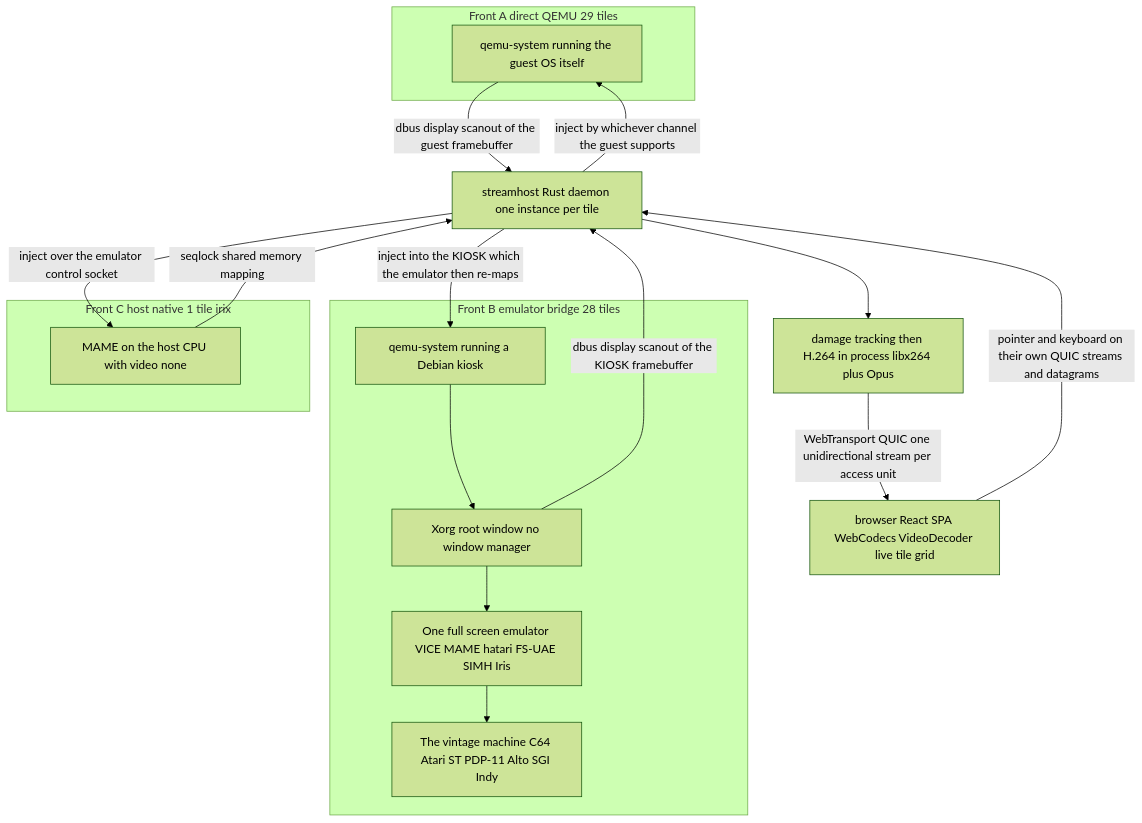
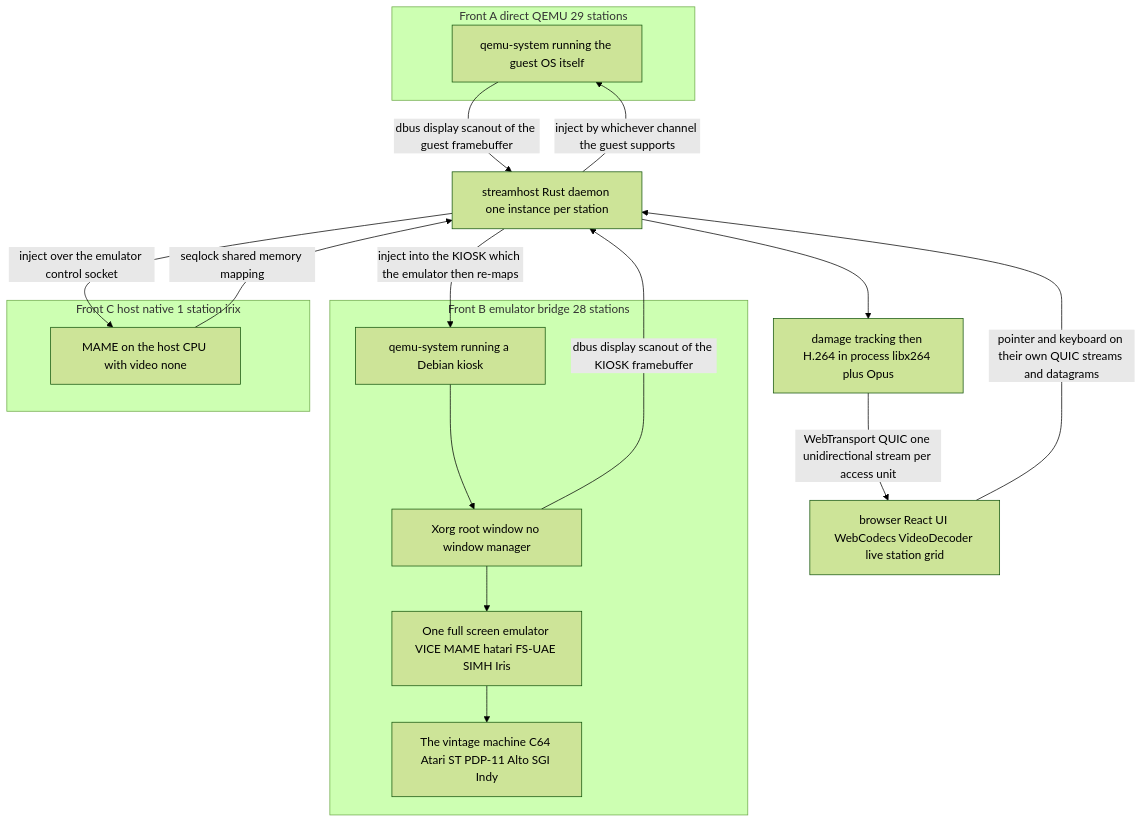
The diagram in docs/ARCHITECTURE.md (Wnt/kernel-hive), drawn with Mermaid (forest theme) before and after one commit. The commit also changed other lines of this file and 10 other files, not shown here.

````diff
--- a/docs/ARCHITECTURE.md
+++ b/docs/ARCHITECTURE.md
@@ -14,29 +14,29 @@
 ```mermaid
 flowchart TD
-  subgraph F1[Front A direct QEMU 29 tiles]
+  subgraph F1[Front A direct QEMU 29 stations]
     A1[qemu-system running the guest OS itself]
   end
 
-  subgraph F2[Front B emulator bridge 28 tiles]
+  subgraph F2[Front B emulator bridge 28 stations]
     B1[qemu-system running a Debian kiosk] --> B2[Xorg root window no window manager]
     B2 --> B3[One full screen emulator VICE MAME hatari FS-UAE SIMH Iris]
     B3 --> B4[The vintage machine C64 Atari ST PDP-11 Alto SGI Indy]
   end
 
-  subgraph F3[Front C host native 1 tile irix]
+  subgraph F3[Front C host native 1 station irix]
     C1[MAME on the host CPU with video none]
   end
 
   A1 -->|dbus display scanout of the guest framebuffer| S
   B2 -->|dbus display scanout of the KIOSK framebuffer| S
   C1 -->|seqlock shared memory mapping| S
 
-  S[streamhost Rust daemon one instance per tile]
+  S[streamhost Rust daemon one instance per station]
   S --> C[damage tracking then H.264 in process libx264 plus Opus]
   C -->|WebTransport QUIC one unidirectional stream per access unit| BR
-  BR[browser React SPA WebCodecs VideoDecoder live tile grid]
+  BR[browser React UI WebCodecs VideoDecoder live station grid]
   BR -->|pointer and keyboard on their own QUIC streams and datagrams| S
   S -->|inject by whichever channel the guest supports| A1
   S -->|inject into the KIOSK which the emulator then re-maps| B1
   S -->|inject over the emulator control socket| C1
 ```
````
